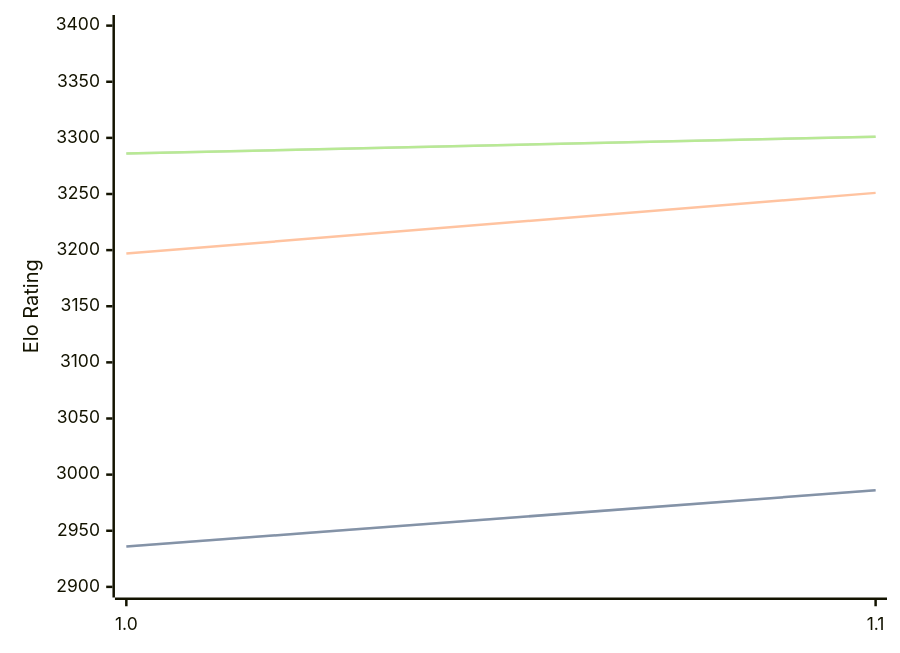
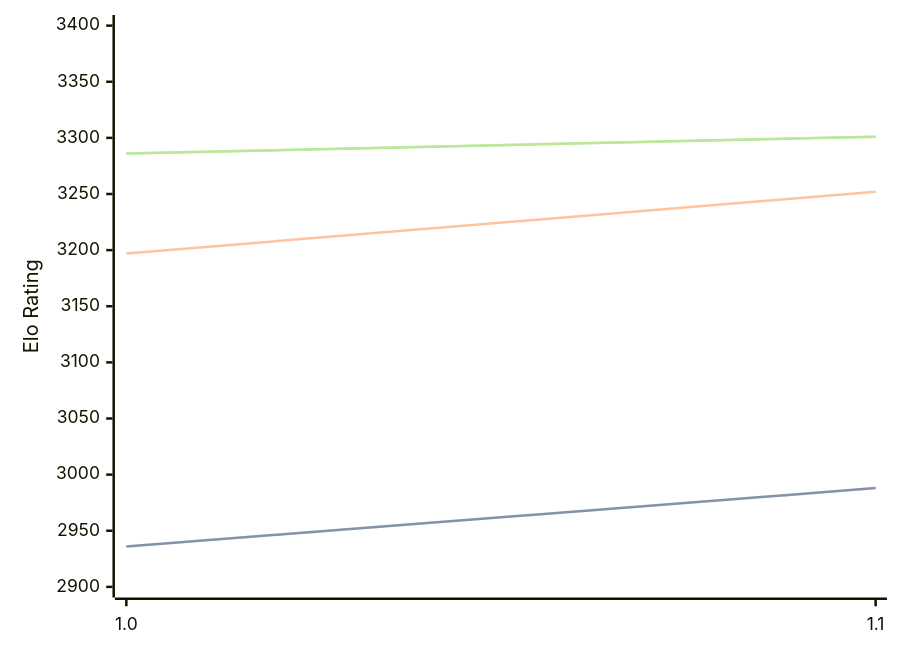
One commit to computer-chess-index/cci changed the diagram in engines/RodentV.md. Above: the diagram before and after it, drawn with Mermaid. The commit also changed other lines of this file, not shown here.

````diff
--- a/engines/RodentV.md
+++ b/engines/RodentV.md
@@ -33,11 +33,11 @@
 ```mermaid
 %%{init: {"theme":"base","themeVariables":{"seriesColors:['#a3a3a3','#222221','#faa371']}}}%%
 xychart-beta
   x-axis ["1.0", "1.1"]
   y-axis "Elo Rating" 2900 --> 3400
-  line "" [2936, 2986]
-  line "STC (8.0+0.08s)" [2936, 2986]
-  line "LTC (60.0+0.60s)" [3197, 3251]
+  line "" [2936, 2988]
+  line "STC (8.0+0.08s)" [2936, 2988]
+  line "LTC (60.0+0.60s)" [3197, 3252]
   line "" [3286, 3301]
   line "VLTC (2m24s+1.12s)" [3286, 3301]
 ```
````
